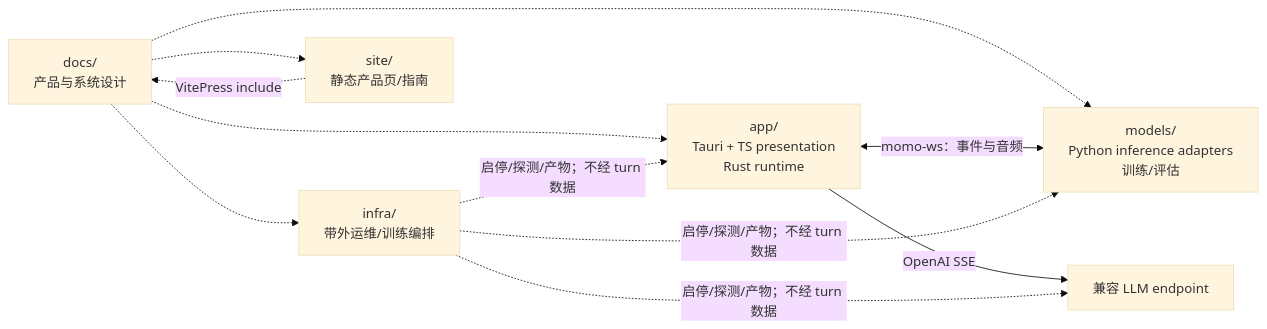
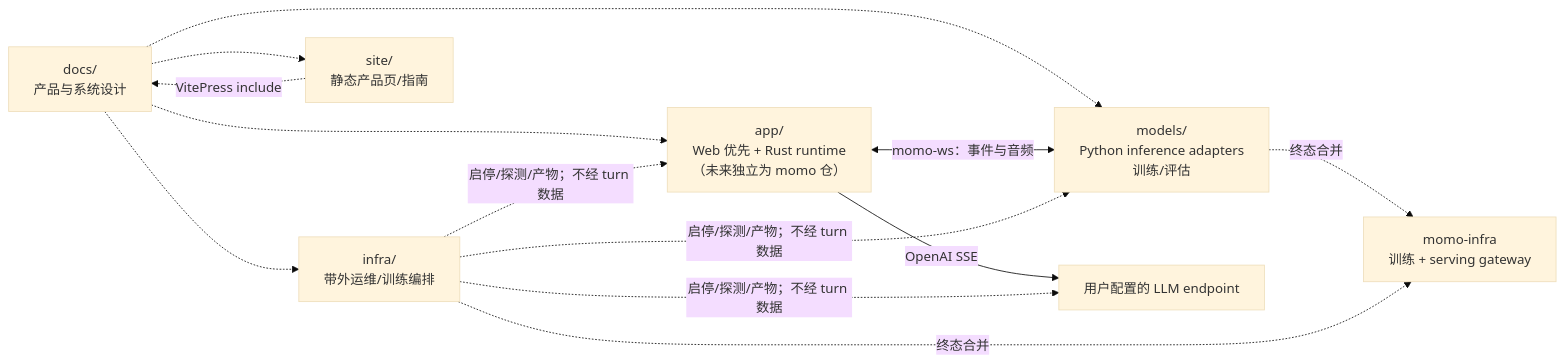
One commit to Momoyeyu/momo changed the diagram in docs/README.md. Above: the diagram before and after it, drawn with Mermaid (base theme). The commit also changed other lines of this file and 18 other files, not shown here.

````diff
--- a/docs/README.md
+++ b/docs/README.md
@@ -17,11 +17,12 @@
 ```mermaid
 flowchart LR
-    DOCS["docs/<br/>产品与系统设计"] -.-> APP["app/<br/>Tauri + TS presentation<br/>Rust runtime"]
+    DOCS["docs/<br/>产品与系统设计"] -.-> APP["app/<br/>Web 优先 + Rust runtime<br/>（未来独立为 momo 仓）"]
     DOCS -.-> MODELS["models/<br/>Python inference adapters<br/>训练/评估"]
     DOCS -.-> INFRA["infra/<br/>带外运维/训练编排"]
     DOCS -.-> SITE["site/<br/>静态产品页/指南"]
     APP <-->|"momo-ws：事件与音频"| MODELS
-    APP -->|"OpenAI SSE"| LLM["兼容 LLM endpoint"]
+    APP -->|"OpenAI SSE"| LLM["用户配置的 LLM endpoint"]
     INFRA -.->|"启停/探测/产物；不经 turn 数据"| APP & MODELS & LLM
     SITE -.->|"VitePress include"| DOCS
+    MODELS & INFRA -.->|"终态合并"| MOINFRA["momo-infra<br/>训练 + serving gateway"]
 ```
````
